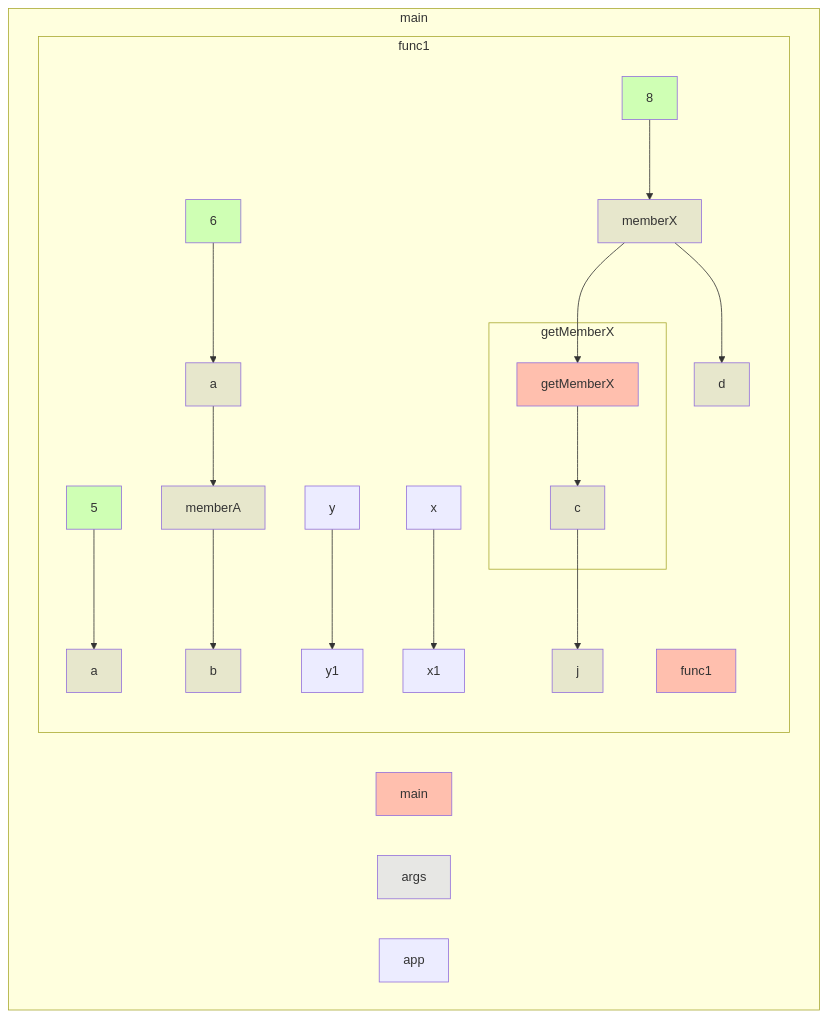
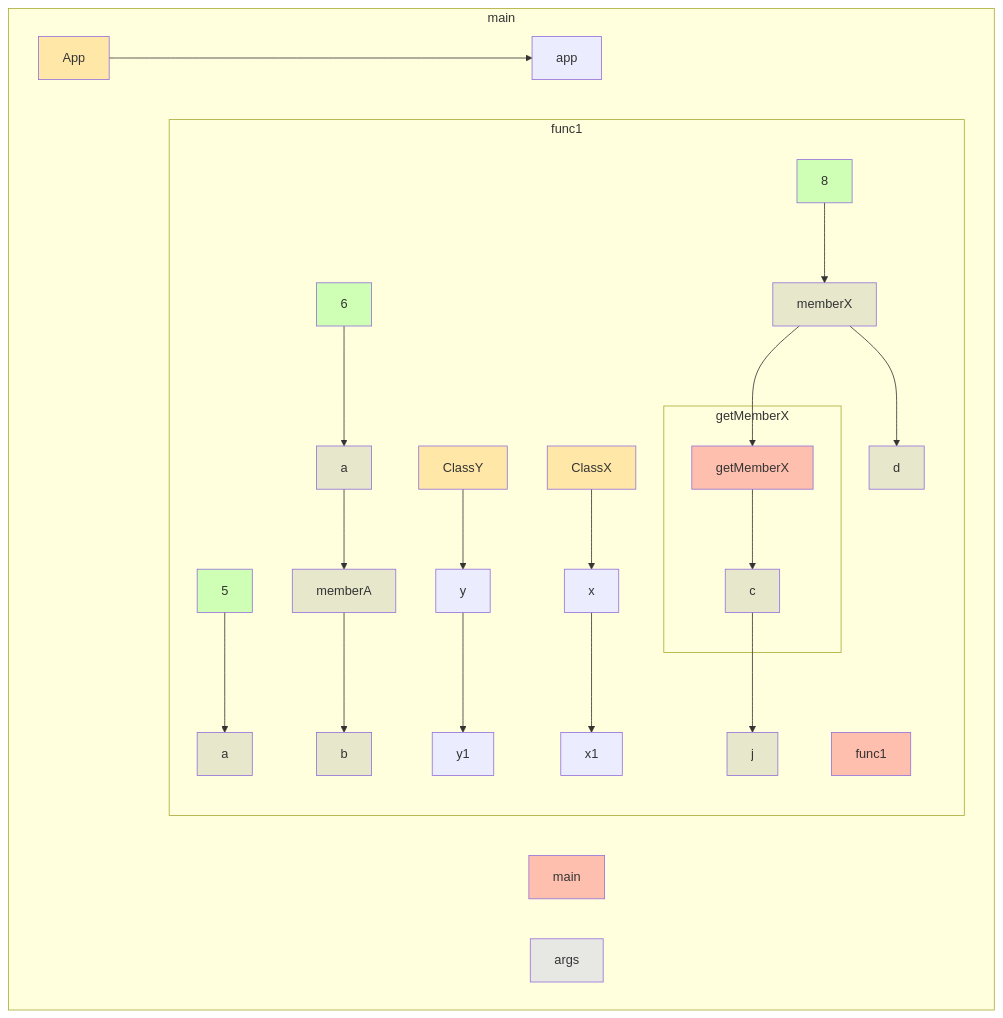
The diagram in app/src/test/resources/member/truth.md (gstiebler/codeflow), drawn with Mermaid before and after one commit. The commit also changed 57 other files, not shown here.

````diff
--- a/app/src/test/resources/member/truth.md
+++ b/app/src/test/resources/member/truth.md
@@ -1,46 +1,52 @@
 ```mermaid
 flowchart TD
   subgraph b0["main"]
     n1[main]:::RETURN
     n2[args]:::FUNC_PARAM
     n3[app]:::OBJ_VARIABLE
-    subgraph b4["func1"]
-      n5[func1]:::RETURN
-      n6[a]:::VARIABLE
-      n7[5]:::LITERAL
-      n8[a]:::VARIABLE
-      n9[6]:::LITERAL
-      n10[memberA]:::VARIABLE
-      n11[b]:::VARIABLE
-      n12[y]:::OBJ_VARIABLE
-      n13[x]:::OBJ_VARIABLE
-      n14[memberX]:::VARIABLE
-      n15[8]:::LITERAL
-      n16[y1]:::OBJ_VARIABLE
-      n17[c]:::VARIABLE
-      n20[x1]:::OBJ_VARIABLE
-      n21[d]:::VARIABLE
-      n22[j]:::VARIABLE
-      n7[5]:::LITERAL --> n6[a]:::VARIABLE
-      n8[a]:::VARIABLE --> n10[memberA]:::VARIABLE
-      n9[6]:::LITERAL --> n8[a]:::VARIABLE
-      n10[memberA]:::VARIABLE --> n11[b]:::VARIABLE
-      n12[y]:::OBJ_VARIABLE --> n16[y1]:::OBJ_VARIABLE
-      n13[x]:::OBJ_VARIABLE --> n20[x1]:::OBJ_VARIABLE
-      n14[memberX]:::VARIABLE --> n19[getMemberX]:::RETURN
-      n14[memberX]:::VARIABLE --> n21[d]:::VARIABLE
-      n15[8]:::LITERAL --> n14[memberX]:::VARIABLE
-      n17[c]:::VARIABLE --> n22[j]:::VARIABLE
-      subgraph b18["getMemberX"]
-        n19[getMemberX]:::RETURN
-        n19[getMemberX]:::RETURN --> n17[c]:::VARIABLE
+    n4[App]:::EXTERNAL
+    n4[App]:::EXTERNAL --> n3[app]:::OBJ_VARIABLE
+    subgraph b5["func1"]
+      n6[func1]:::RETURN
+      n7[a]:::VARIABLE
+      n8[5]:::LITERAL
+      n9[a]:::VARIABLE
+      n10[6]:::LITERAL
+      n11[memberA]:::VARIABLE
+      n12[b]:::VARIABLE
+      n13[y]:::OBJ_VARIABLE
+      n14[ClassY]:::EXTERNAL
+      n15[x]:::OBJ_VARIABLE
+      n16[ClassX]:::EXTERNAL
+      n17[memberX]:::VARIABLE
+      n18[8]:::LITERAL
+      n19[y1]:::OBJ_VARIABLE
+      n20[c]:::VARIABLE
+      n23[x1]:::OBJ_VARIABLE
+      n24[d]:::VARIABLE
+      n25[j]:::VARIABLE
+      n8[5]:::LITERAL --> n7[a]:::VARIABLE
+      n9[a]:::VARIABLE --> n11[memberA]:::VARIABLE
+      n10[6]:::LITERAL --> n9[a]:::VARIABLE
+      n11[memberA]:::VARIABLE --> n12[b]:::VARIABLE
+      n13[y]:::OBJ_VARIABLE --> n19[y1]:::OBJ_VARIABLE
+      n14[ClassY]:::EXTERNAL --> n13[y]:::OBJ_VARIABLE
+      n15[x]:::OBJ_VARIABLE --> n23[x1]:::OBJ_VARIABLE
+      n16[ClassX]:::EXTERNAL --> n15[x]:::OBJ_VARIABLE
+      n17[memberX]:::VARIABLE --> n22[getMemberX]:::RETURN
+      n17[memberX]:::VARIABLE --> n24[d]:::VARIABLE
+      n18[8]:::LITERAL --> n17[memberX]:::VARIABLE
+      n20[c]:::VARIABLE --> n25[j]:::VARIABLE
+      subgraph b21["getMemberX"]
+        n22[getMemberX]:::RETURN
+        n22[getMemberX]:::RETURN --> n20[c]:::VARIABLE
       end
     end
   end
   classDef LITERAL fill:#00FF0030
   classDef VARIABLE fill:#80808030
   classDef BIN_OP fill:#80808080
   classDef FUNC_PARAM fill:#8080FF30
   classDef RETURN fill:#FF808080
   classDef EXTERNAL fill:#FFA50040
 ```
````
